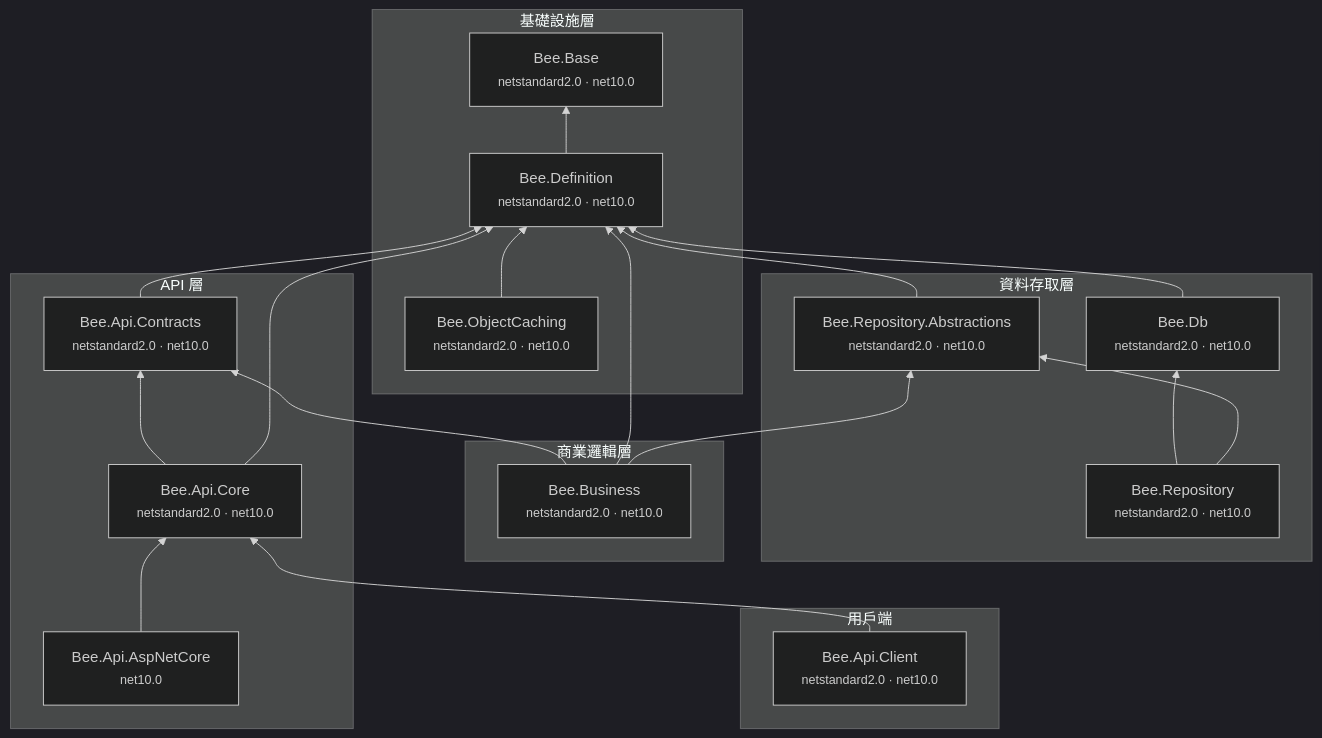
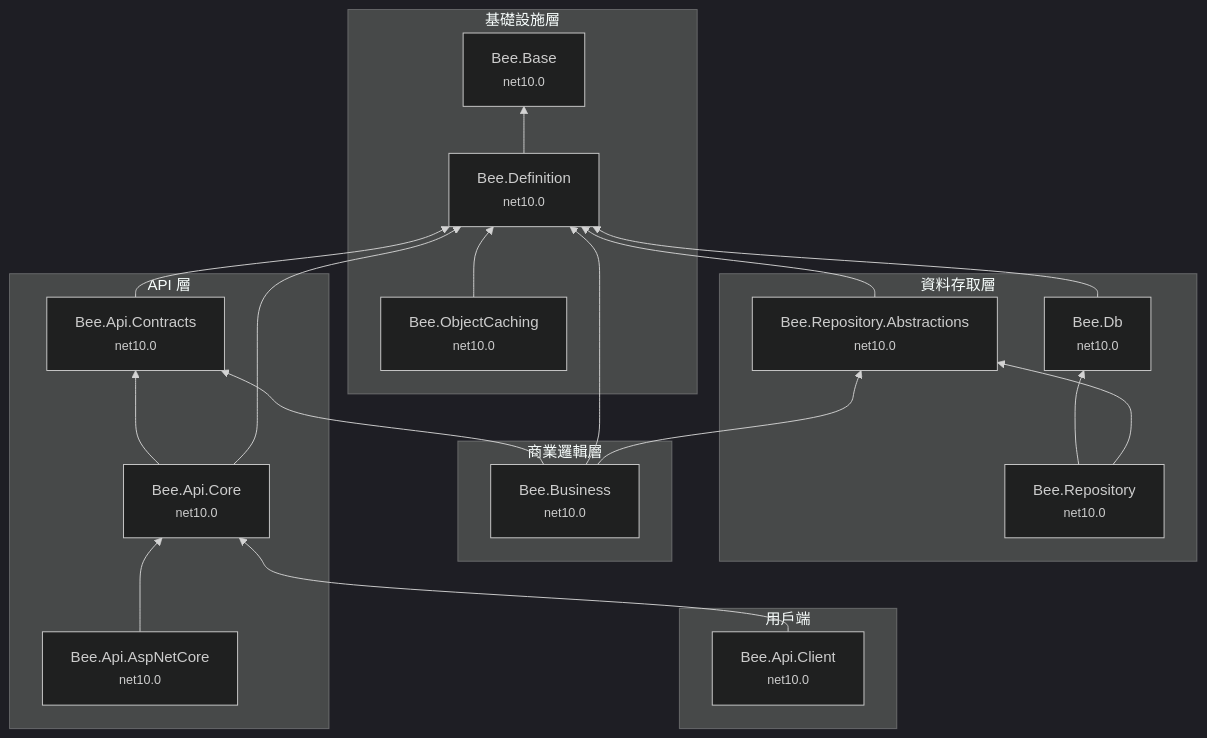
The diagram in docs/dependency-map.md (jeff377/bee-library), drawn with Mermaid (dark theme) before and after one commit. The commit also changed other lines of this file and 21 other files, not shown here.

````diff
--- a/docs/dependency-map.md
+++ b/docs/dependency-map.md
@@ -9,43 +9,43 @@
 ```mermaid
 graph BT
   subgraph 基礎設施層
-    Base["Bee.Base<br/><small>netstandard2.0 · net10.0</small>"]
-    Definition["Bee.Definition<br/><small>netstandard2.0 · net10.0</small>"]
-    Caching["Bee.ObjectCaching<br/><small>netstandard2.0 · net10.0</small>"]
+    Base["Bee.Base<br/><small>net10.0</small>"]
+    Definition["Bee.Definition<br/><small>net10.0</small>"]
+    Caching["Bee.ObjectCaching<br/><small>net10.0</small>"]
   end
 
   subgraph 資料存取層
-    RepoAbs["Bee.Repository.Abstractions<br/><small>netstandard2.0 · net10.0</small>"]
-    Db["Bee.Db<br/><small>netstandard2.0 · net10.0</small>"]
-    Repo["Bee.Repository<br/><small>netstandard2.0 · net10.0</small>"]
+    RepoAbs["Bee.Repository.Abstractions<br/><small>net10.0</small>"]
+    Db["Bee.Db<br/><small>net10.0</small>"]
+    Repo["Bee.Repository<br/><small>net10.0</small>"]
   end
 
   subgraph 商業邏輯層
-    Business["Bee.Business<br/><small>netstandard2.0 · net10.0</small>"]
+    Business["Bee.Business<br/><small>net10.0</small>"]
   end
 
   subgraph API 層
-    Contracts["Bee.Api.Contracts<br/><small>netstandard2.0 · net10.0</small>"]
-    Core["Bee.Api.Core<br/><small>netstandard2.0 · net10.0</small>"]
+    Contracts["Bee.Api.Contracts<br/><small>net10.0</small>"]
+    Core["Bee.Api.Core<br/><small>net10.0</small>"]
     AspNet["Bee.Api.AspNetCore<br/><small>net10.0</small>"]
   end
 
   subgraph 用戶端
-    Client["Bee.Api.Client<br/><small>netstandard2.0 · net10.0</small>"]
+    Client["Bee.Api.Client<br/><small>net10.0</small>"]
   end
 
   Definition --> Base
   Contracts --> Definition
   Db --> Definition
   RepoAbs --> Definition
   Caching --> Definition
   Business --> Contracts
   Business --> Definition
   Business --> RepoAbs
   Repo --> Db
   Repo --> RepoAbs
   Core --> Contracts
   Core --> Definition
   AspNet --> Core
   Client --> Core
 ```
````
